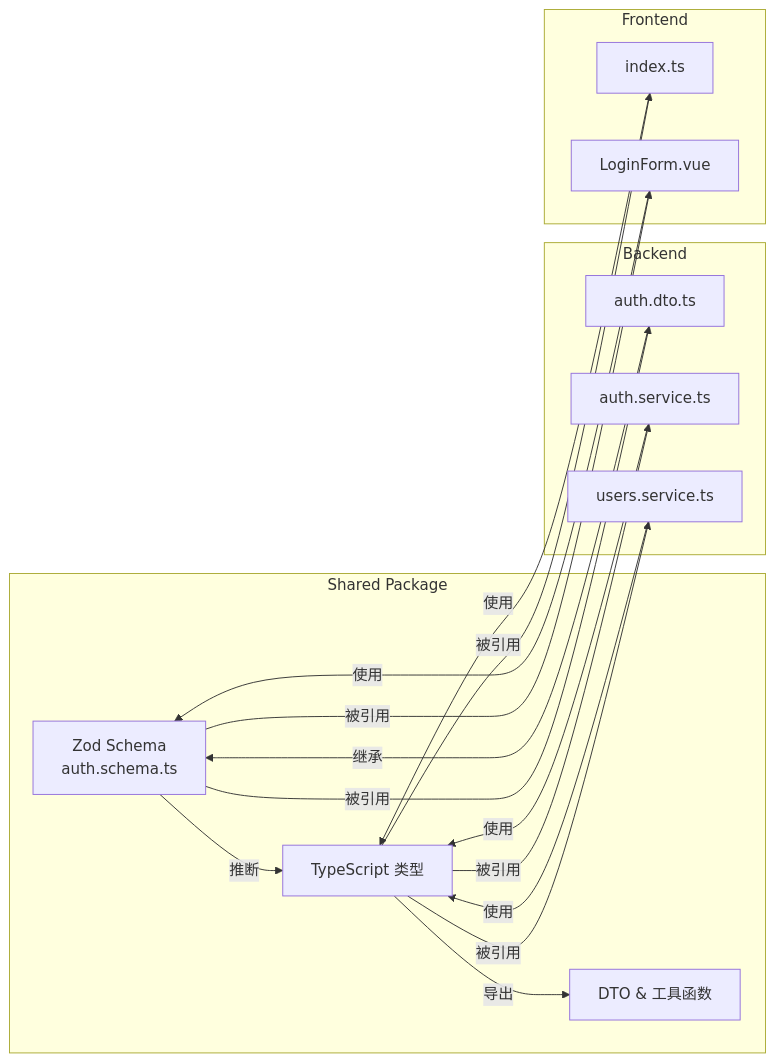
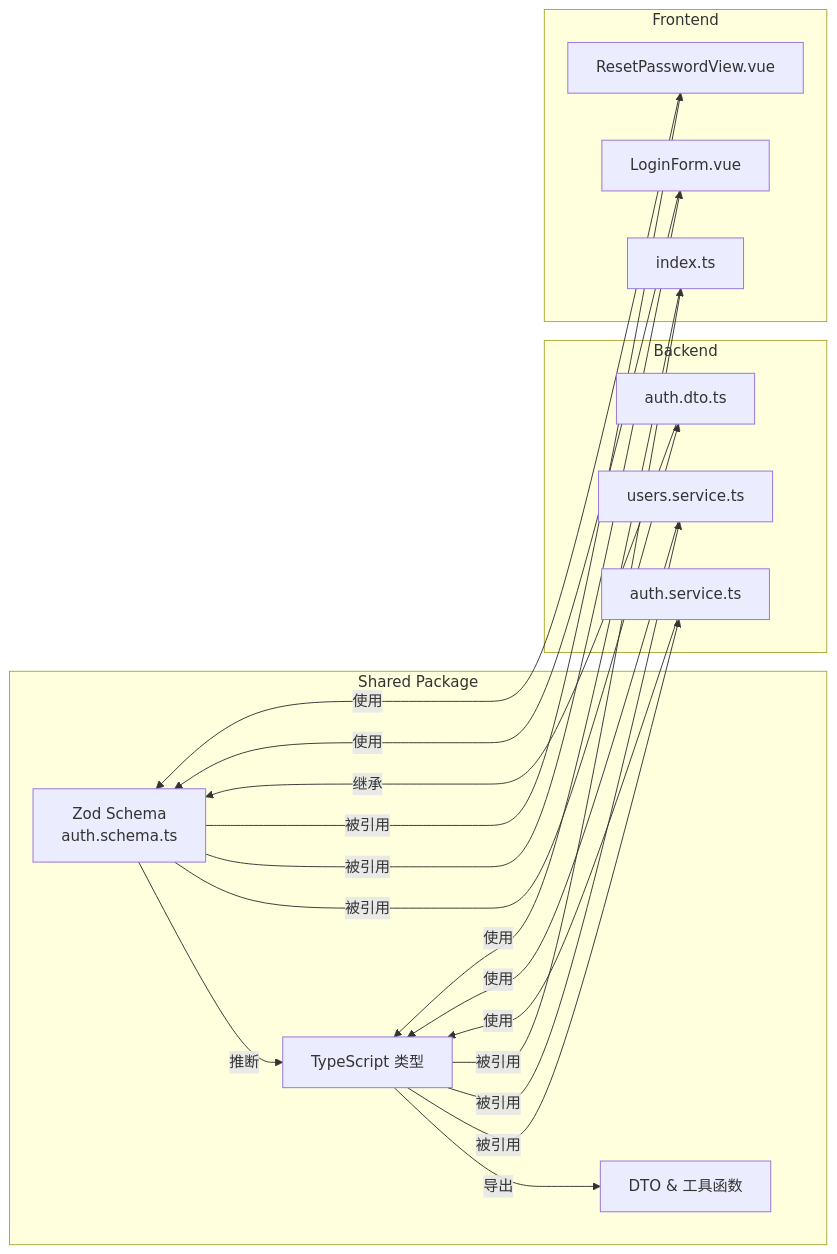
One commit to xixixiaoyu/vue3-nest-template changed the second of 6 diagrams in .qoder/repowiki/zh/content/共享包.md. Above: the diagram before and after it, drawn with Mermaid. The commit also changed other lines of this file and 5 other files, not shown here.

````diff
--- a/.qoder/repowiki/zh/content/共享包.md
+++ b/.qoder/repowiki/zh/content/共享包.md
@@ -69,21 +76,23 @@
 ```mermaid
 graph LR
 subgraph "Shared Package"
 ZS[Zod Schema<br/>auth.schema.ts] --> |推断| TT[TypeScript 类型]
 TT --> |导出| DT[DTO & 工具函数]
 end
 subgraph "Backend"
 BD[auth.dto.ts] --> |继承| ZS
 BS[auth.service.ts] --> |使用| TT
 US[users.service.ts] --> |使用| TT
 end
 subgraph "Frontend"
 AI[index.ts] --> |使用| TT
 LF[LoginForm.vue] --> |使用| ZS
+RPV[ResetPasswordView.vue] --> |使用| ZS
 end
 ZS --> |被引用| BD
 ZS --> |被引用| LF
+ZS --> |被引用| RPV
 TT --> |被引用| BS
 TT --> |被引用| US
 TT --> |被引用| AI
 ```
````
